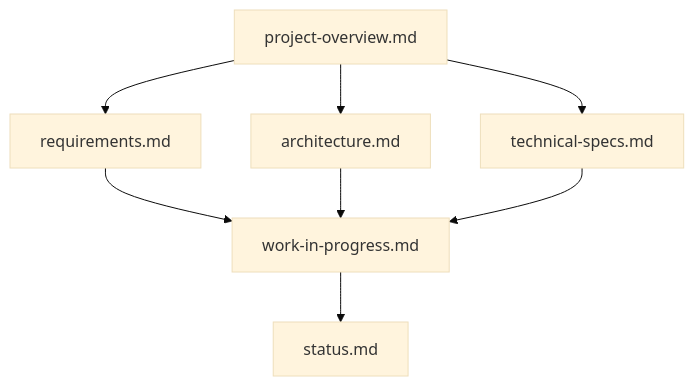
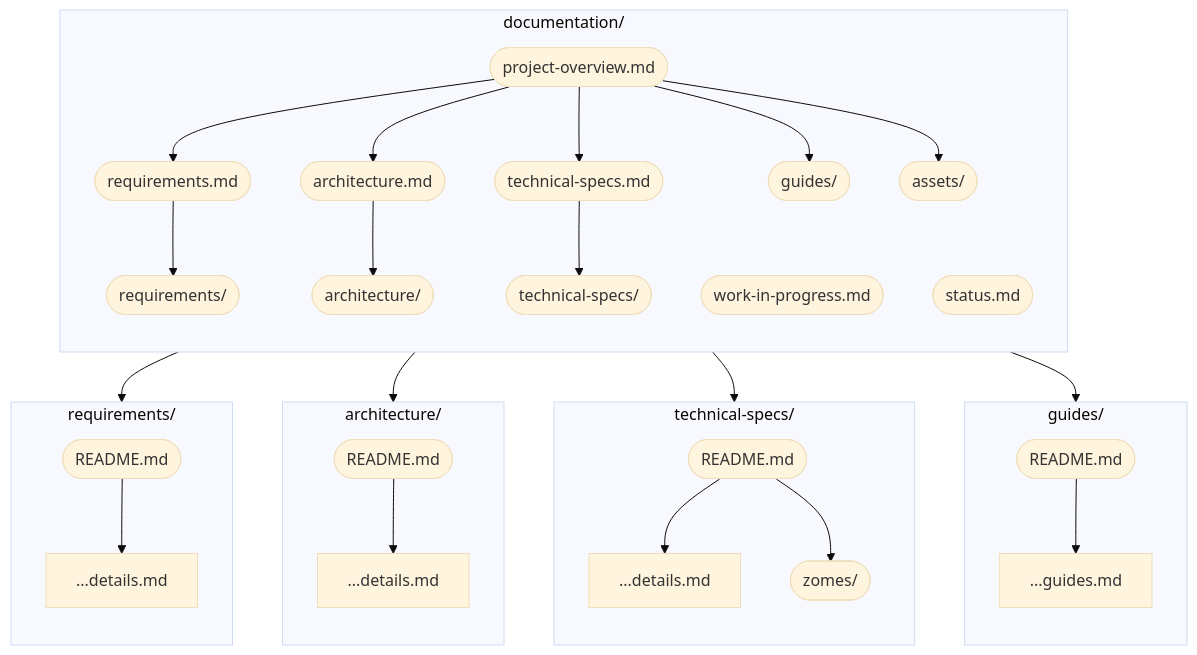
One commit to happenings-community/requests-and-offers changed the first of 5 diagrams in .cursor/rules/documentation.mdc. Above: the diagram before and after it, drawn with Mermaid (base theme). The commit also changed other lines of this file and 8 other files, not shown here.

````diff
--- a/.cursor/rules/documentation.mdc
+++ b/.cursor/rules/documentation.mdc
@@ -10,12 +10,62 @@
 ```mermaid
 flowchart TD
-    PO[project-overview.md] --> RQ[requirements.md]
-    PO --> AR[architecture.md]
-    PO --> TS[technical-specs.md]
+    subgraph TopLevel [documentation/]
+        direction TB
+        PO([project-overview.md])
+        RQ([requirements.md])
+        AR([architecture.md])
+        TS([technical-specs.md])
+        WIP([work-in-progress.md])
+        ST([status.md])
+        GD([guides/])
+        AS([assets/])
+        REQS_DIR([requirements/])
+        ARCH_DIR([architecture/])
+        TS_DIR([technical-specs/])
+    end
+
+    PO --> RQ
+    PO --> AR
+    PO --> TS
+    PO --> GD
+    PO --> AS
     
-    RQ --> WIP[work-in-progress.md]
-    AR --> WIP
-    TS --> WIP
-    
-    WIP --> ST[status.md]
+    RQ --> REQS_DIR
+    AR --> ARCH_DIR
+    TS --> TS_DIR
+
+    subgraph RequirementsDir [requirements/]
+        direction TB
+        REQ_README([README.md])
+        REQ_FILES[...details.md]
+        REQ_README --> REQ_FILES
+    end
+
+    subgraph ArchDir [architecture/]
+        direction TB
+        ARCH_README([README.md])
+        ARCH_FILES[...details.md]
+        ARCH_README --> ARCH_FILES
+    end
+
+    subgraph TechSpecsDir [technical-specs/]
+        direction TB
+        TS_README([README.md])
+        TS_FILES[...details.md]
+        TS_ZOMES([zomes/])
+        TS_README --> TS_FILES
+        TS_README --> TS_ZOMES
+    end
+
+    subgraph GuidesDir [guides/]
+        direction TB
+        GD_README([README.md])
+        GD_FILES[...guides.md]
+        GD_README --> GD_FILES
+    end
+
+    REQS_DIR --> RequirementsDir
+    ARCH_DIR --> ArchDir
+    TS_DIR --> TechSpecsDir
+    GD --> GuidesDir
 ```
````
